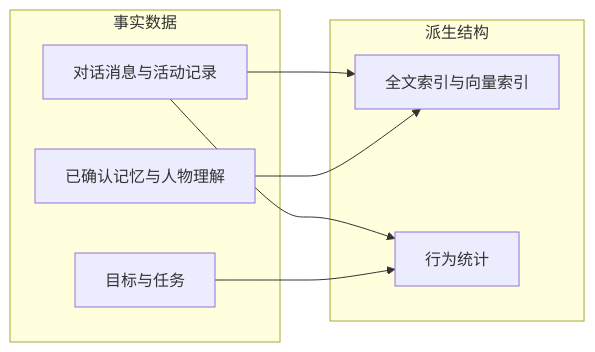
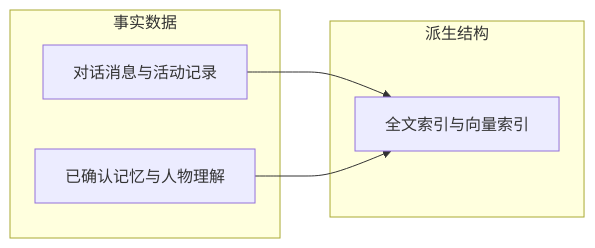
One commit to ddll8023/ai-companion-V2 changed the fourth of 4 diagrams in doc/模块说明文档.md. Above: the diagram before and after it, drawn with Mermaid. The commit also changed other lines of this file and 51 other files, not shown here.

````diff
--- a/doc/模块说明文档.md
+++ b/doc/模块说明文档.md
@@ -502,16 +472,12 @@
 ```mermaid
 flowchart LR
     subgraph FACTS[事实数据]
         MSG[对话消息与活动记录]
         MEMC[已确认记忆与人物理解]
-        GOALC[目标与任务]
     end
     subgraph DERIVED[派生结构]
         IDX[全文索引与向量索引]
-        STAT[行为统计]
     end
     MSG --> IDX
-    MSG --> STAT
     MEMC --> IDX
-    GOALC --> STAT
 ```
````
